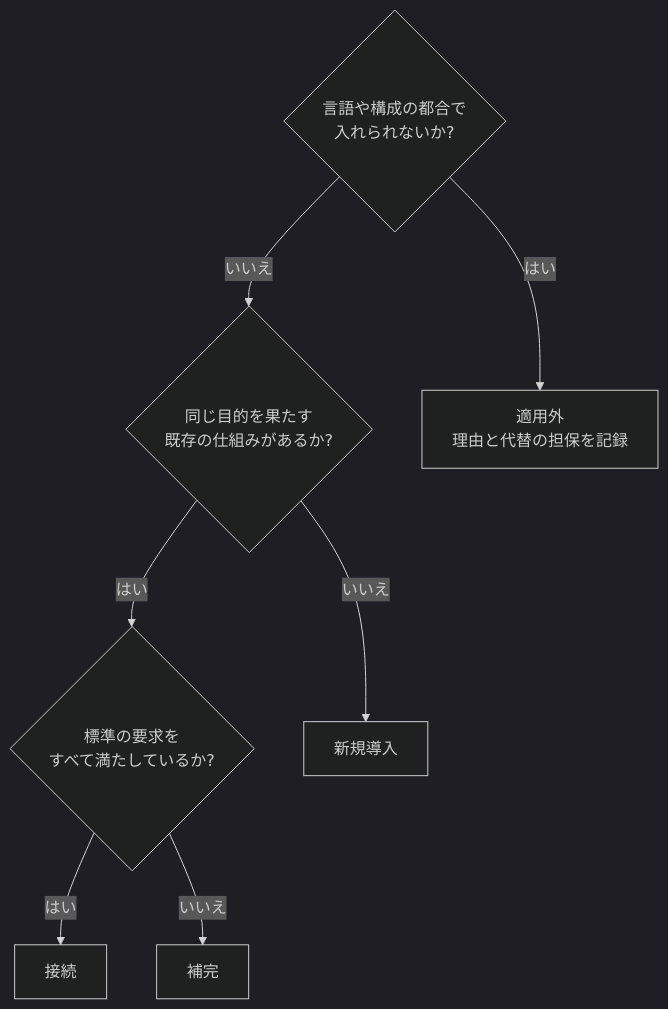
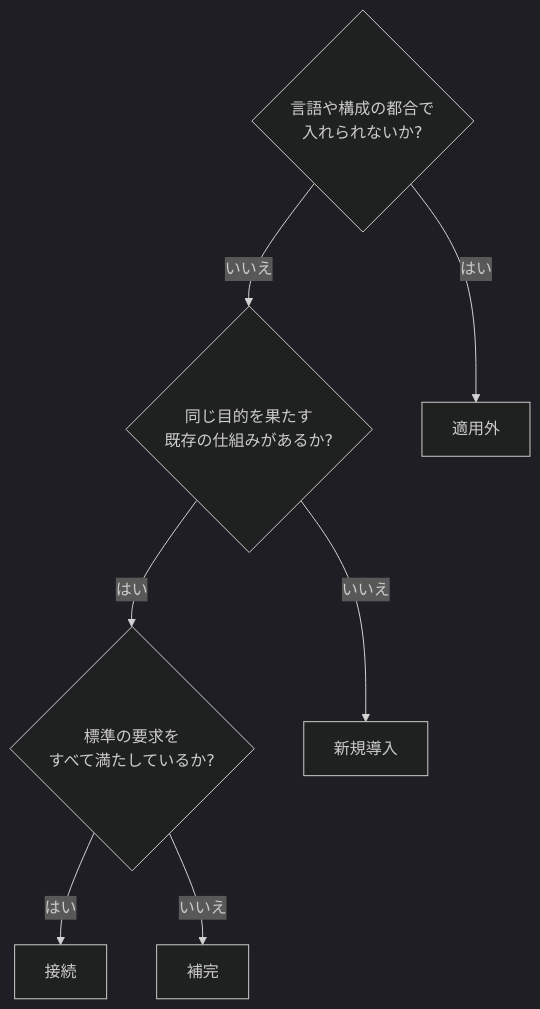
One commit to toshio-shiratori/harness-test-strategy changed the second of 2 diagrams in docs/testing/05-adoption-guide.md. Above: the diagram before and after it, drawn with Mermaid (dark theme). The commit also changed other lines of this file, not shown here.

````diff
--- a/docs/testing/05-adoption-guide.md
+++ b/docs/testing/05-adoption-guide.md
@@ -136,16 +142,16 @@
 ```mermaid
 flowchart TB
   Q1{"言語や構成の都合で<br/>入れられないか?"}
   Q2{"同じ目的を果たす<br/>既存の仕組みがあるか?"}
   Q3{"標準の要求を<br/>すべて満たしているか?"}
-  M0["適用外<br/>理由と代替の担保を記録"]
+  M0["適用外"]
   M1["新規導入"]
   M2["接続"]
   M3["補完"]
   Q1 -- "はい" --> M0
   Q1 -- "いいえ" --> Q2
   Q2 -- "いいえ" --> M1
   Q2 -- "はい" --> Q3
   Q3 -- "はい" --> M2
   Q3 -- "いいえ" --> M3
 ```
````
